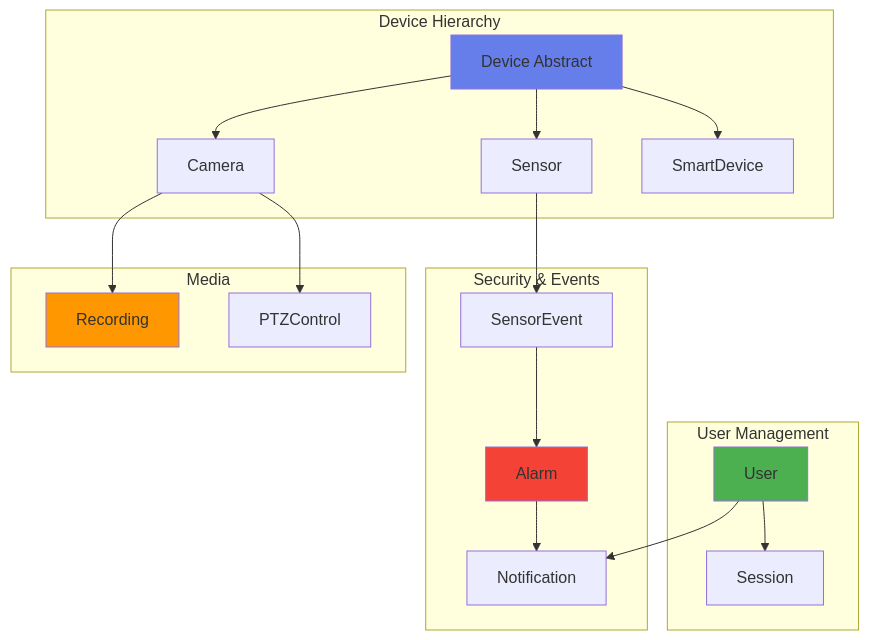
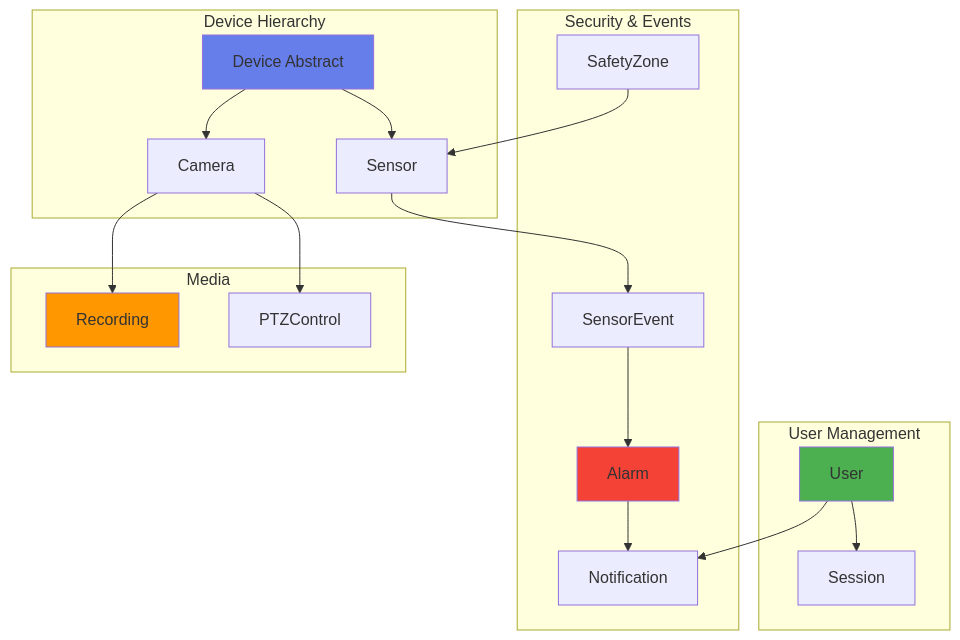
Before and after one commit to mj010101/swe_25f: the first of 14 diagrams in diagrams/data_layer_class_diagram.md, drawn with Mermaid. The commit also changed other lines of this file and 4 other files, not shown here.

````diff
--- a/diagrams/data_layer_class_diagram.md
+++ b/diagrams/data_layer_class_diagram.md
@@ -27,44 +28,45 @@
 ```mermaid
 graph TB
     subgraph "User Management"
         U[User]
         S[Session]
     end
 
     subgraph "Device Hierarchy"
         D[Device Abstract]
         SEN[Sensor]
         CAM[Camera]
-        SD[SmartDevice]
     end
 
     subgraph "Security & Events"
         A[Alarm]
         SE[SensorEvent]
         N[Notification]
+        SZ[SafetyZone]
     end
 
     subgraph "Media"
         R[Recording]
         PTZ[PTZControl]
     end
 
     U --> S
     U --> N
 
     D --> SEN
     D --> CAM
-    D --> SD
 
     CAM --> PTZ
     CAM --> R
 
     SEN --> SE
     SE --> A
     A --> N
 
+    SZ --> SEN
+
     style D fill:#667eea
     style U fill:#4CAF50
     style A fill:#F44336
     style R fill:#FF9800
 ```
````
